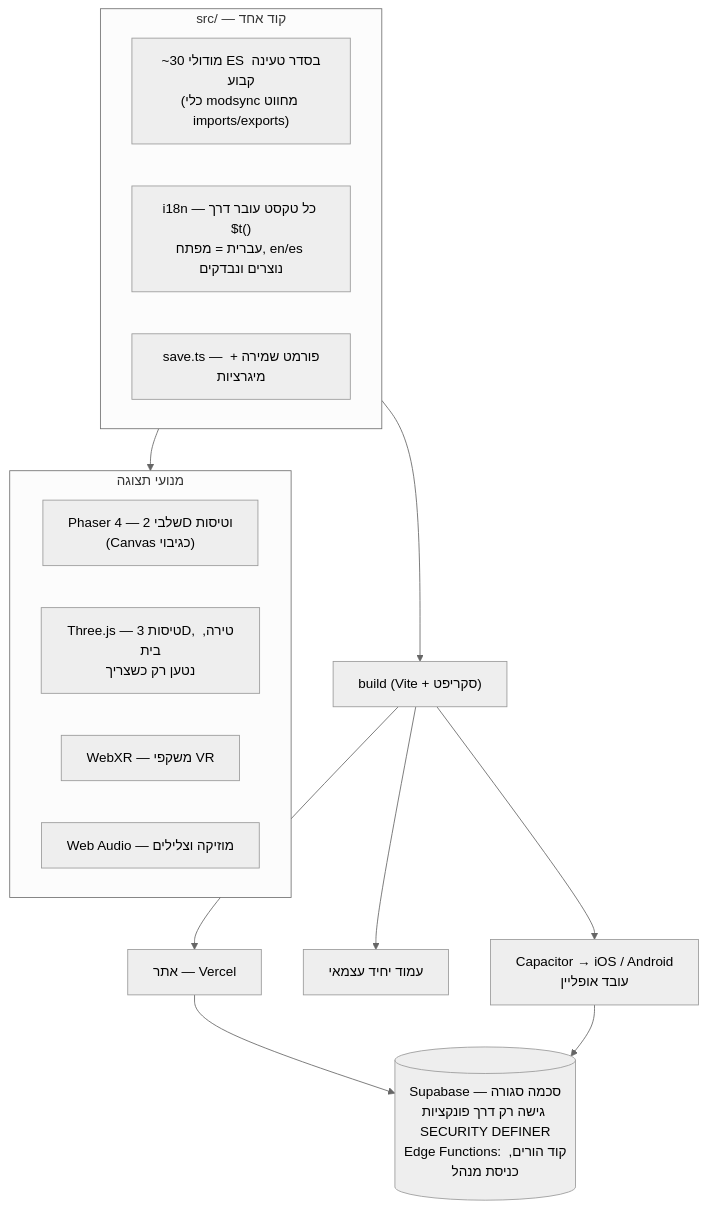
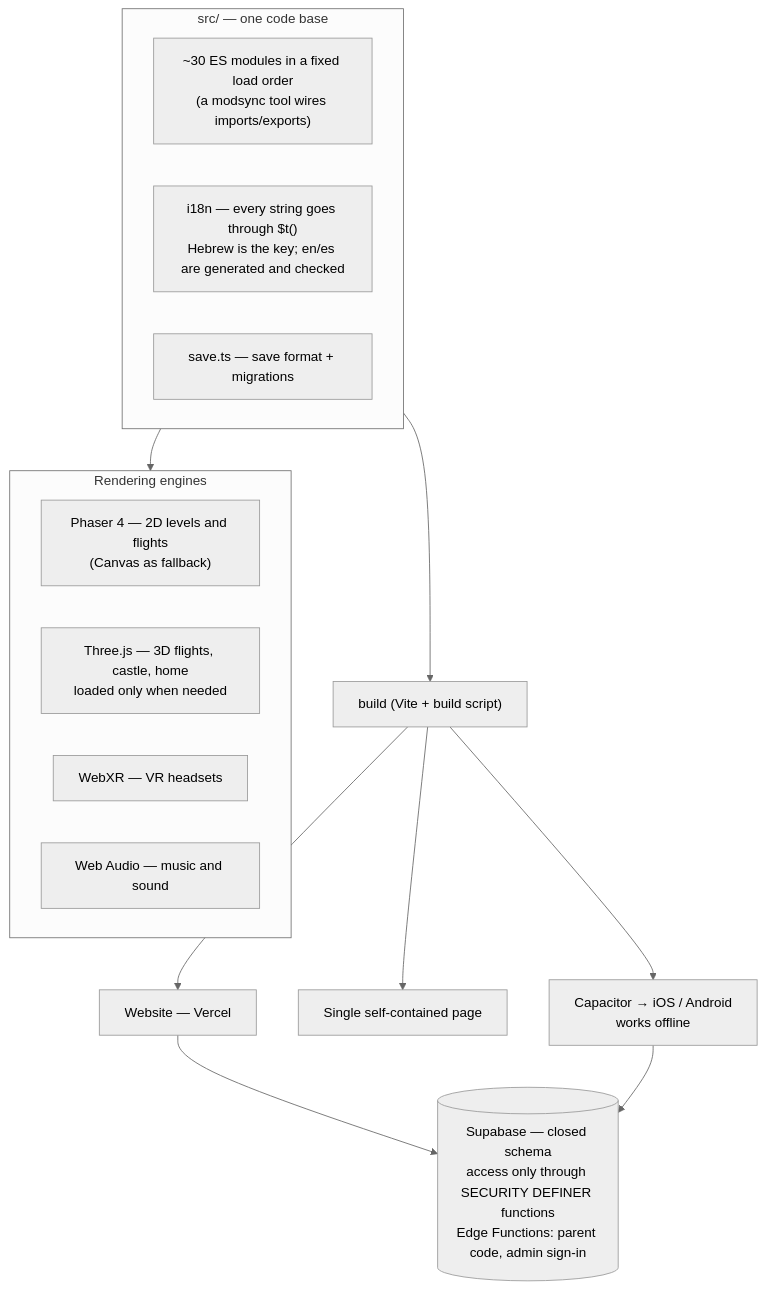
Before and after one commit to danidliod/ai-projects-portfolio: the diagram in projects/01-tower-of-mist-game.md, drawn with Mermaid (neutral theme). The commit also changed other lines of this file and 10 other files, not shown here.

````diff
--- a/projects/01-tower-of-mist-game.md
+++ b/projects/01-tower-of-mist-game.md
@@ -42,20 +42,20 @@
 ```mermaid
 flowchart TB
-  subgraph Code["src/ — קוד אחד"]
-    MOD["~30 מודולי ES בסדר טעינה קבוע<br/>(כלי modsync מחווט imports/exports)"]
-    I18N["i18n — כל טקסט עובר דרך $t()<br/>עברית = מפתח, en/es נוצרים ונבדקים"]
-    SAVE["save.ts — פורמט שמירה + מיגרציות"]
+  subgraph Code["src/ — one code base"]
+    MOD["~30 ES modules in a fixed load order<br/>(a modsync tool wires imports/exports)"]
+    I18N["i18n — every string goes through $t()<br/>Hebrew is the key; en/es are generated and checked"]
+    SAVE["save.ts — save format + migrations"]
   end
-  subgraph Render["מנועי תצוגה"]
-    PH["Phaser 4 — שלבי 2D וטיסות<br/>(Canvas כגיבוי)"]
-    TH["Three.js — טיסות 3D, טירה, בית<br/>נטען רק כשצריך"]
-    XR["WebXR — משקפי VR"]
-    AU["Web Audio — מוזיקה וצלילים"]
+  subgraph Render["Rendering engines"]
+    PH["Phaser 4 — 2D levels and flights<br/>(Canvas as fallback)"]
+    TH["Three.js — 3D flights, castle, home<br/>loaded only when needed"]
+    XR["WebXR — VR headsets"]
+    AU["Web Audio — music and sound"]
   end
   Code --> Render
-  Code --> B["build (Vite + סקריפט)"]
-  B --> WEB["אתר — Vercel"]
-  B --> ONE["עמוד יחיד עצמאי"]
-  B --> CAP["Capacitor → iOS / Android<br/>עובד אופליין"]
-  WEB & CAP --> SB[("Supabase — סכמה סגורה<br/>גישה רק דרך פונקציות SECURITY DEFINER<br/>Edge Functions: קוד הורים, כניסת מנהל")]
+  Code --> B["build (Vite + build script)"]
+  B --> WEB["Website — Vercel"]
+  B --> ONE["Single self-contained page"]
+  B --> CAP["Capacitor → iOS / Android<br/>works offline"]
+  WEB & CAP --> SB[("Supabase — closed schema<br/>access only through SECURITY DEFINER functions<br/>Edge Functions: parent code, admin sign-in")]
 ```
````
